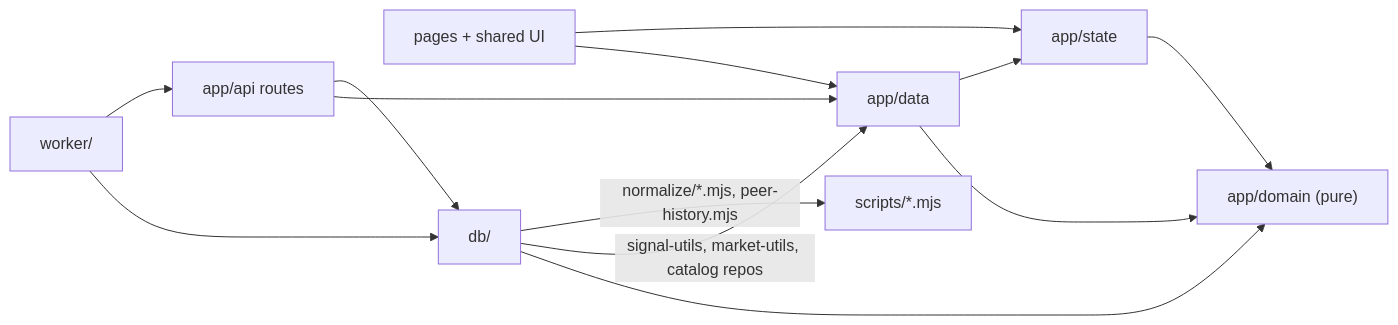
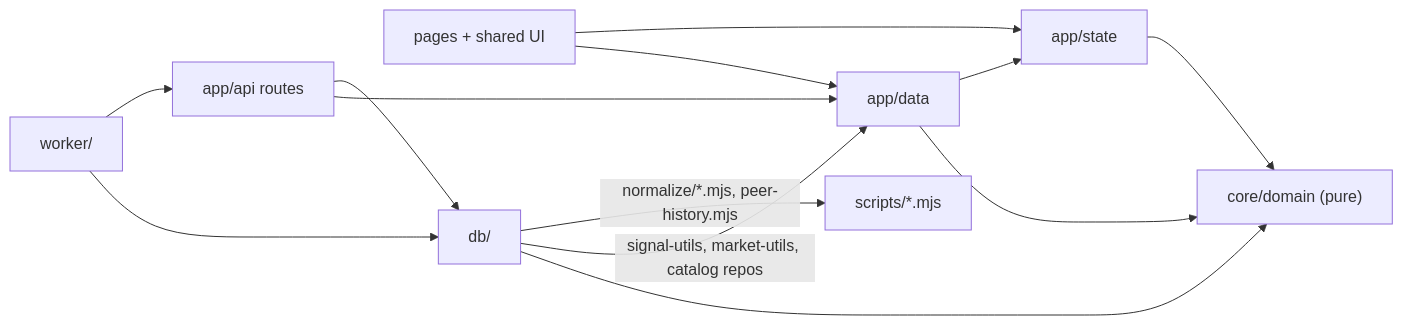
One commit to cjord/rawsignal changed the second of 3 diagrams in docs/helicopter-view.md. Above: the diagram before and after it, drawn with Mermaid. The commit also changed other lines of this file and 5 other files, not shown here.

````diff
--- a/docs/helicopter-view.md
+++ b/docs/helicopter-view.md
@@ -72,22 +72,22 @@
 ```mermaid
 flowchart LR
-  domain["app/domain (pure)"]
+  domain["core/domain (pure)"]
   state["app/state"]
   data["app/data"]
   ui["pages + shared UI"]
   apir["app/api routes"]
   dbl["db/"]
   wrk["worker/"]
   scr["scripts/*.mjs"]
 
   ui --> data --> domain
   ui --> state --> domain
   data --> state
   apir --> data
   apir --> dbl
   wrk --> dbl
   wrk --> apir
   dbl --> domain
   dbl -->|"signal-utils, market-utils, catalog repos"| data
   dbl -->|"normalize/*.mjs, peer-history.mjs"| scr
 ```
````
